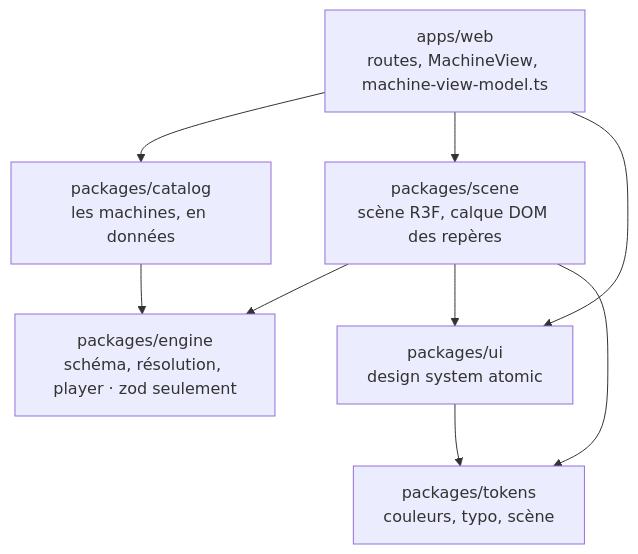
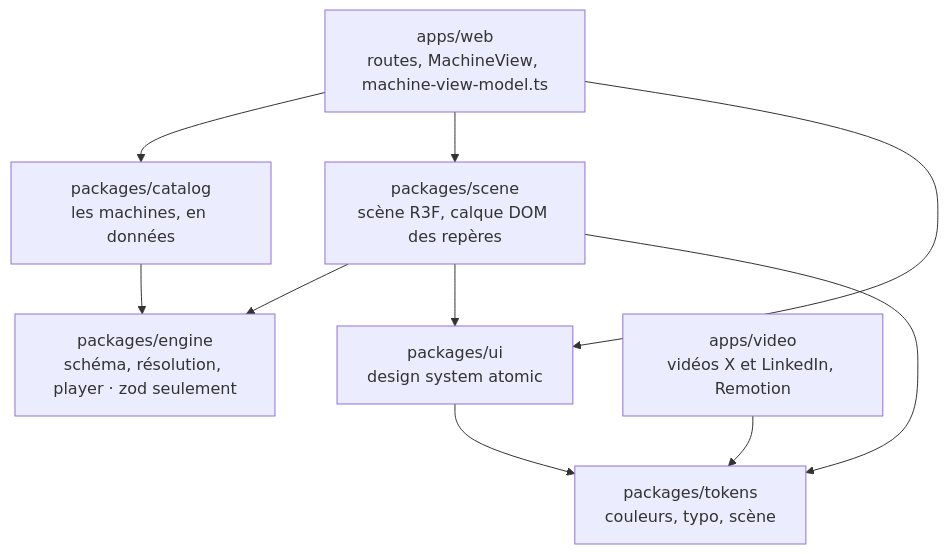
One commit to Ewen02/nightprint changed the diagram in docs/PLAN.md. Above: the diagram before and after it, drawn with Mermaid. The commit also changed other lines of this file, not shown here.

````diff
--- a/docs/PLAN.md
+++ b/docs/PLAN.md
@@ -87,11 +84,12 @@
 ```mermaid
 graph TD
   web["apps/web<br/>routes, MachineView, machine-view-model.ts"] --> catalog["packages/catalog<br/>les machines, en données"]
   web --> scene["packages/scene<br/>scène R3F, calque DOM des repères"]
   web --> ui["packages/ui<br/>design system atomic"]
   catalog --> engine["packages/engine<br/>schéma, résolution, player · zod seulement"]
   scene --> engine
   scene --> ui
   scene --> tokens["packages/tokens<br/>couleurs, typo, scène"]
   ui --> tokens
+  video["apps/video<br/>vidéos X et LinkedIn, Remotion"] --> tokens
 ```
````
